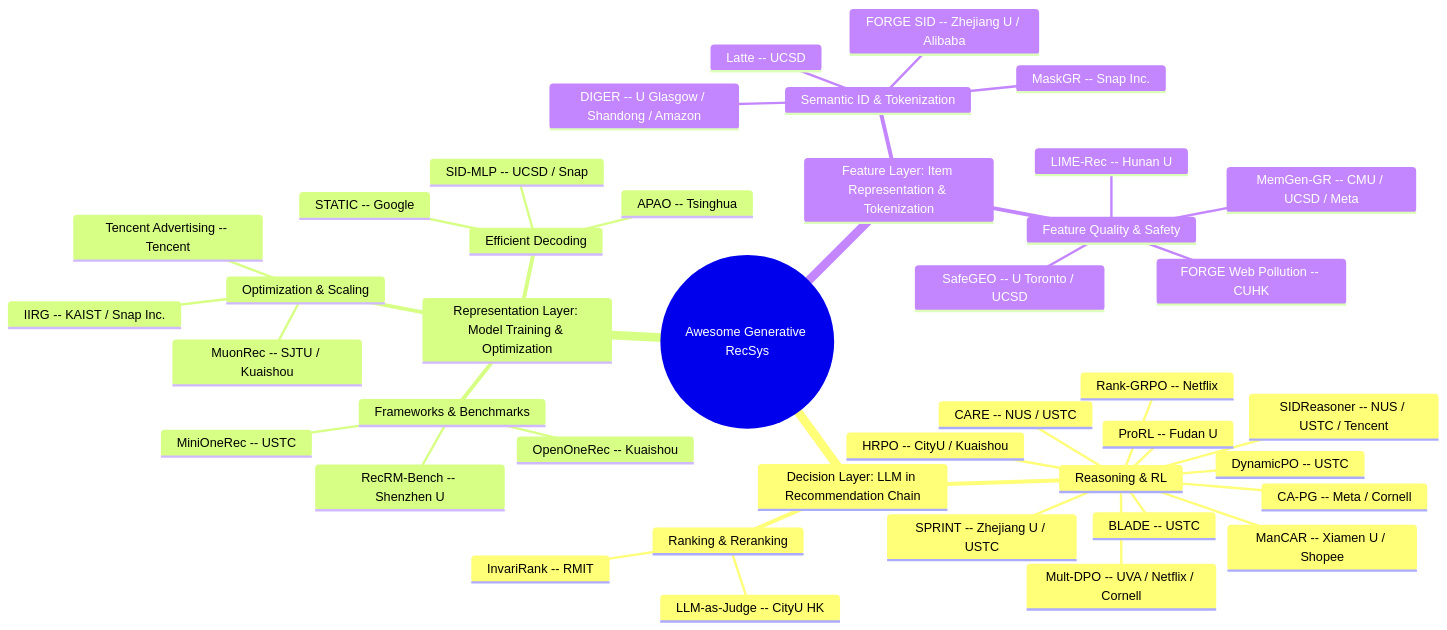
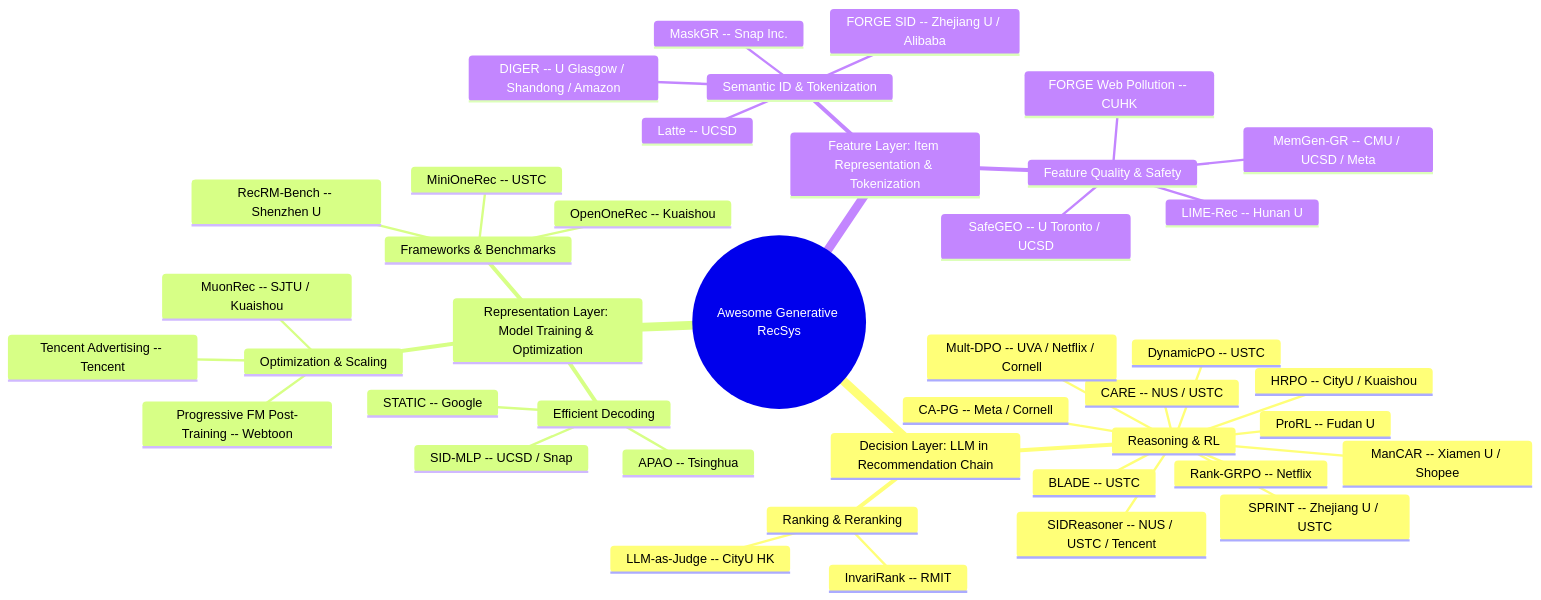
The diagram in README.md (HaFred/awesome-generative-recsys), drawn with Mermaid before and after one commit. The commit also changed other lines of this file and 3 other files, not shown here.

````diff
--- a/README.md
+++ b/README.md
@@ -28,44 +28,44 @@
 ```mermaid
 mindmap
   root((Awesome Generative RecSys))
     Decision Layer: LLM in Recommendation Chain
       Reasoning & RL
         Rank-GRPO -- Netflix
         DynamicPO -- USTC
         BLADE -- USTC
         SPRINT -- Zhejiang U / USTC
         CARE -- NUS / USTC
         HRPO -- CityU / Kuaishou
         Mult-DPO -- UVA / Netflix / Cornell
         CA-PG -- Meta / Cornell
         ProRL -- Fudan U
         ManCAR -- Xiamen U / Shopee
         SIDReasoner -- NUS / USTC / Tencent
       Ranking & Reranking
         InvariRank -- RMIT
         LLM-as-Judge -- CityU HK
     Representation Layer: Model Training & Optimization
       Frameworks & Benchmarks
         MiniOneRec -- USTC
         OpenOneRec -- Kuaishou
         RecRM-Bench -- Shenzhen U
       Efficient Decoding
         STATIC -- Google
         APAO -- Tsinghua
         SID-MLP -- UCSD / Snap
       Optimization & Scaling
         MuonRec -- SJTU / Kuaishou
         Tencent Advertising -- Tencent
-        IIRG -- KAIST / Snap Inc.
+        Progressive FM Post-Training -- Webtoon
     Feature Layer: Item Representation & Tokenization
       Semantic ID & Tokenization
         Latte -- UCSD
         FORGE SID -- Zhejiang U / Alibaba
         DIGER -- U Glasgow / Shandong / Amazon
         MaskGR -- Snap Inc.
       Feature Quality & Safety
         SafeGEO -- U Toronto / UCSD
         MemGen-GR -- CMU / UCSD / Meta
         FORGE Web Pollution -- CUHK
         LIME-Rec -- Hunan U
 ```
````
